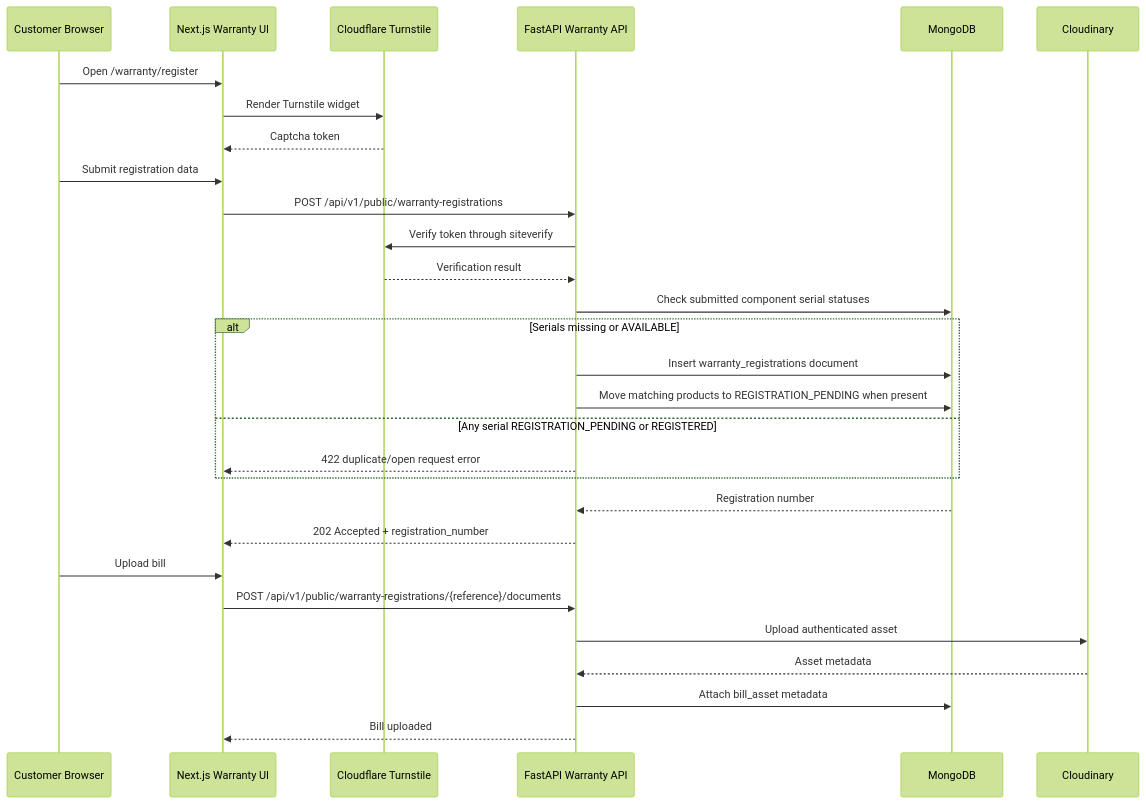
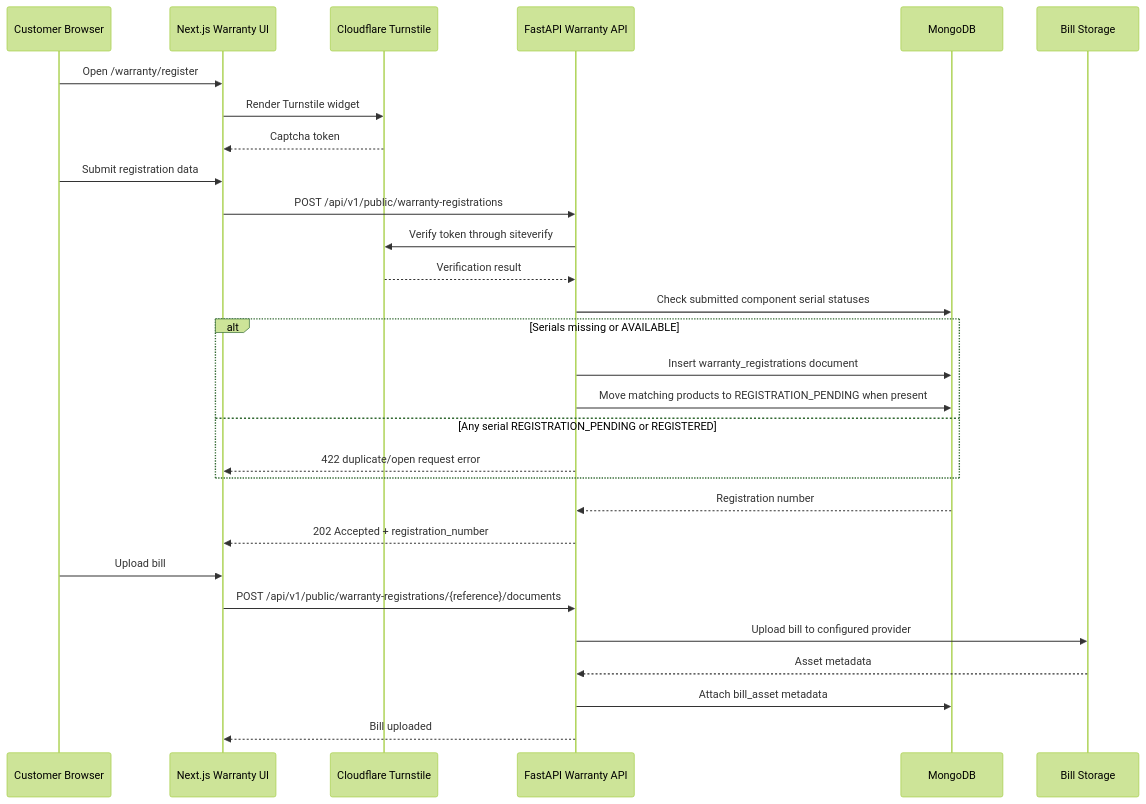
Before and after one commit to traicasolutions-pjcts/limac-website: the second of 5 diagrams in docs/LIMAC_WARRANTY_DESIGN_DOCUMENT.md, drawn with Mermaid (forest theme). The commit also changed other lines of this file and 10 other files, not shown here.

````diff
--- a/docs/LIMAC_WARRANTY_DESIGN_DOCUMENT.md
+++ b/docs/LIMAC_WARRANTY_DESIGN_DOCUMENT.md
@@ -317,32 +317,32 @@
 ```mermaid
 sequenceDiagram
   participant C as Customer Browser
   participant N as Next.js Warranty UI
   participant T as Cloudflare Turnstile
   participant A as FastAPI Warranty API
   participant M as MongoDB
-  participant CL as Cloudinary
+  participant BS as Bill Storage
 
   C->>N: Open /warranty/register
   N->>T: Render Turnstile widget
   T-->>N: Captcha token
   C->>N: Submit registration data
   N->>A: POST /api/v1/public/warranty-registrations
   A->>T: Verify token through siteverify
   T-->>A: Verification result
   A->>M: Check submitted component serial statuses
   alt Serials missing or AVAILABLE
     A->>M: Insert warranty_registrations document
     A->>M: Move matching products to REGISTRATION_PENDING when present
   else Any serial REGISTRATION_PENDING or REGISTERED
     A-->>N: 422 duplicate/open request error
   end
   M-->>A: Registration number
   A-->>N: 202 Accepted + registration_number
   C->>N: Upload bill
   N->>A: POST /api/v1/public/warranty-registrations/{reference}/documents
-  A->>CL: Upload authenticated asset
-  CL-->>A: Asset metadata
+  A->>BS: Upload bill to configured provider
+  BS-->>A: Asset metadata
   A->>M: Attach bill_asset metadata
   A-->>N: Bill uploaded
 ```
````
